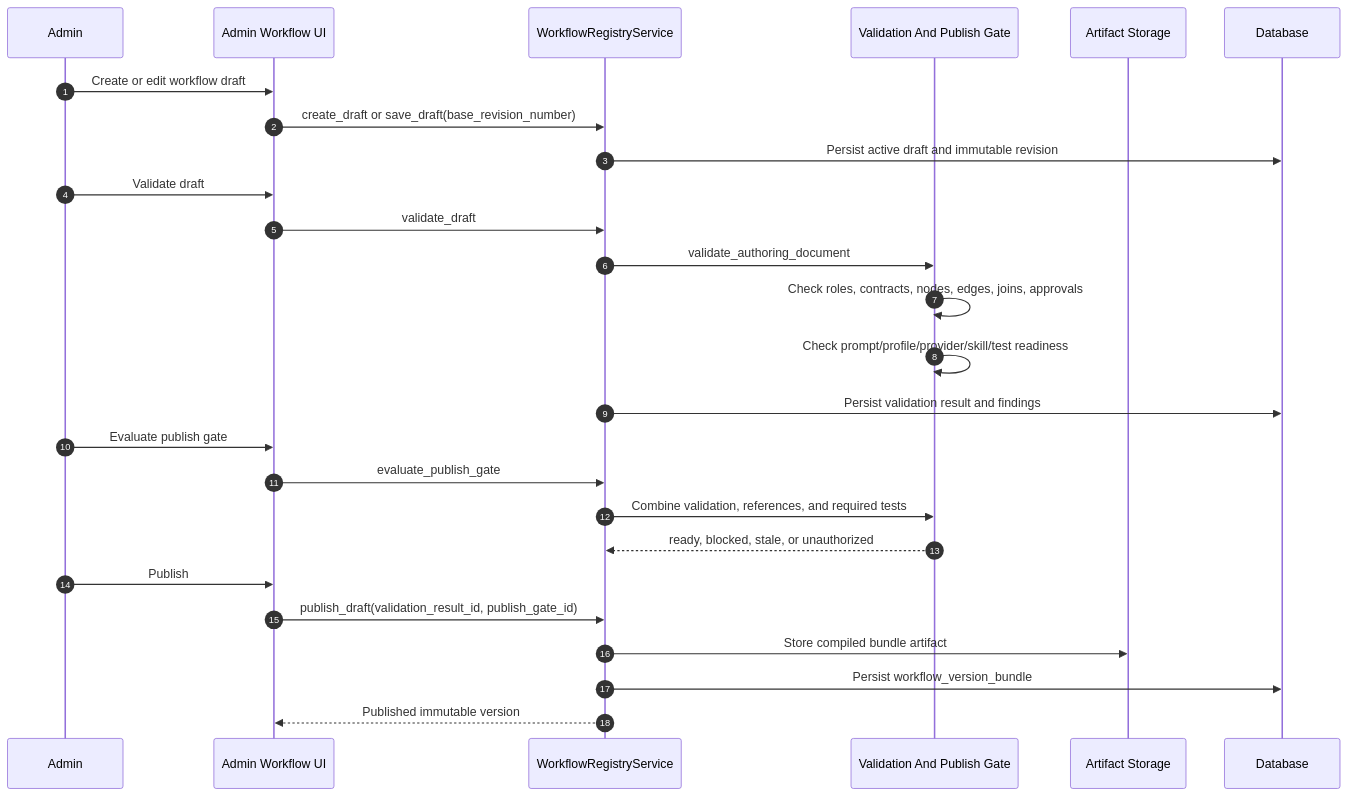
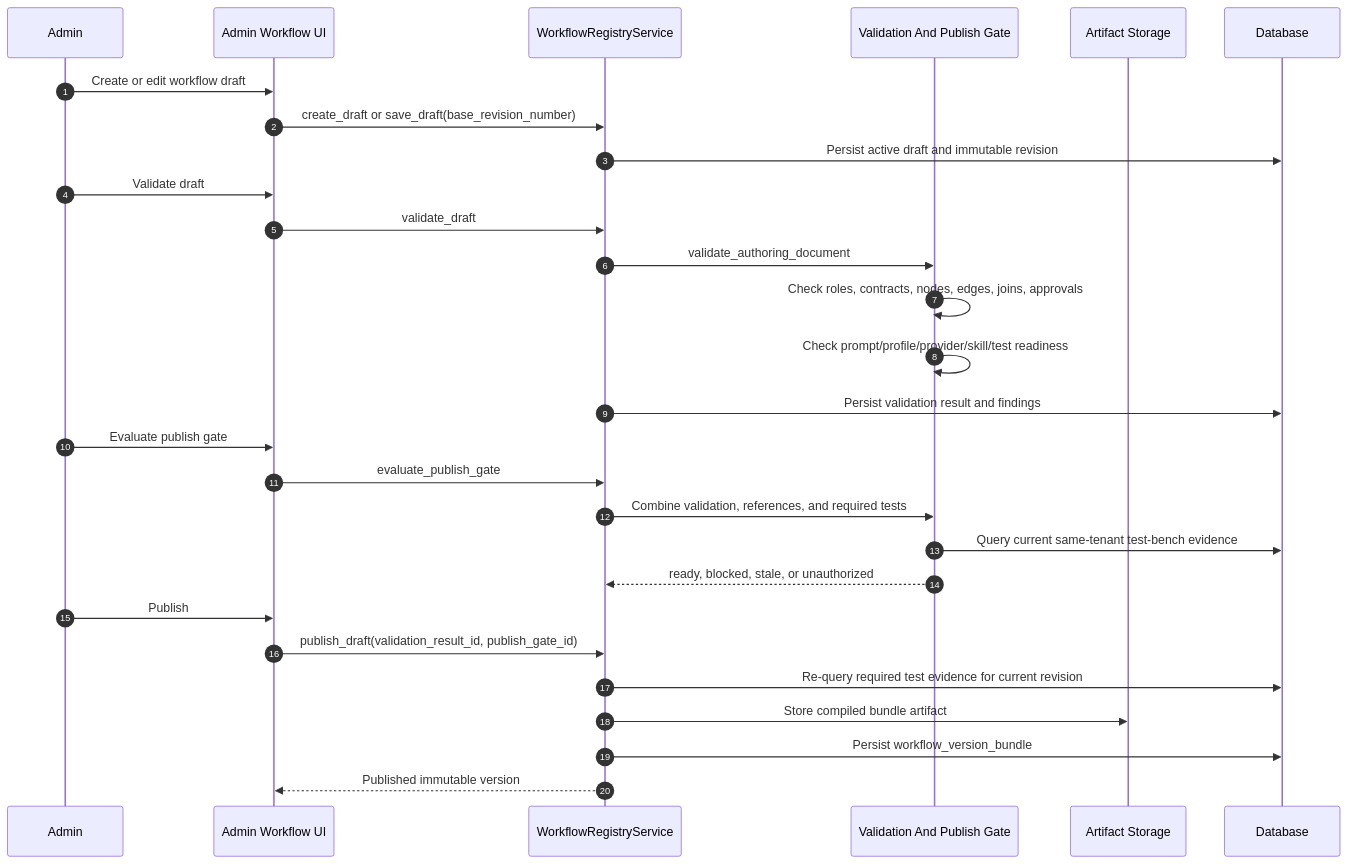
Diagram 30 of 35 in system_architecture.md (scott5252/multi-agent), drawn with Mermaid before and after one commit. The commit also changed other lines of this file and 6 other files, not shown here.

````diff
--- a/system_architecture.md
+++ b/system_architecture.md
@@ -1529,29 +1875,31 @@
 ```mermaid
 sequenceDiagram
     autonumber
     participant Admin as Admin
     participant UI as Admin Workflow UI
     participant Service as WorkflowRegistryService
     participant Validator as Validation And Publish Gate
     participant Storage as Artifact Storage
     participant DB as Database
 
     Admin->>UI: Create or edit workflow draft
     UI->>Service: create_draft or save_draft(base_revision_number)
     Service->>DB: Persist active draft and immutable revision
     Admin->>UI: Validate draft
     UI->>Service: validate_draft
     Service->>Validator: validate_authoring_document
     Validator->>Validator: Check roles, contracts, nodes, edges, joins, approvals
     Validator->>Validator: Check prompt/profile/provider/skill/test readiness
     Service->>DB: Persist validation result and findings
     Admin->>UI: Evaluate publish gate
     UI->>Service: evaluate_publish_gate
     Service->>Validator: Combine validation, references, and required tests
+    Validator->>DB: Query current same-tenant test-bench evidence
     Validator-->>Service: ready, blocked, stale, or unauthorized
     Admin->>UI: Publish
     UI->>Service: publish_draft(validation_result_id, publish_gate_id)
+    Service->>DB: Re-query required test evidence for current revision
     Service->>Storage: Store compiled bundle artifact
     Service->>DB: Persist workflow_version_bundle
     Service-->>UI: Published immutable version
 ```
````
